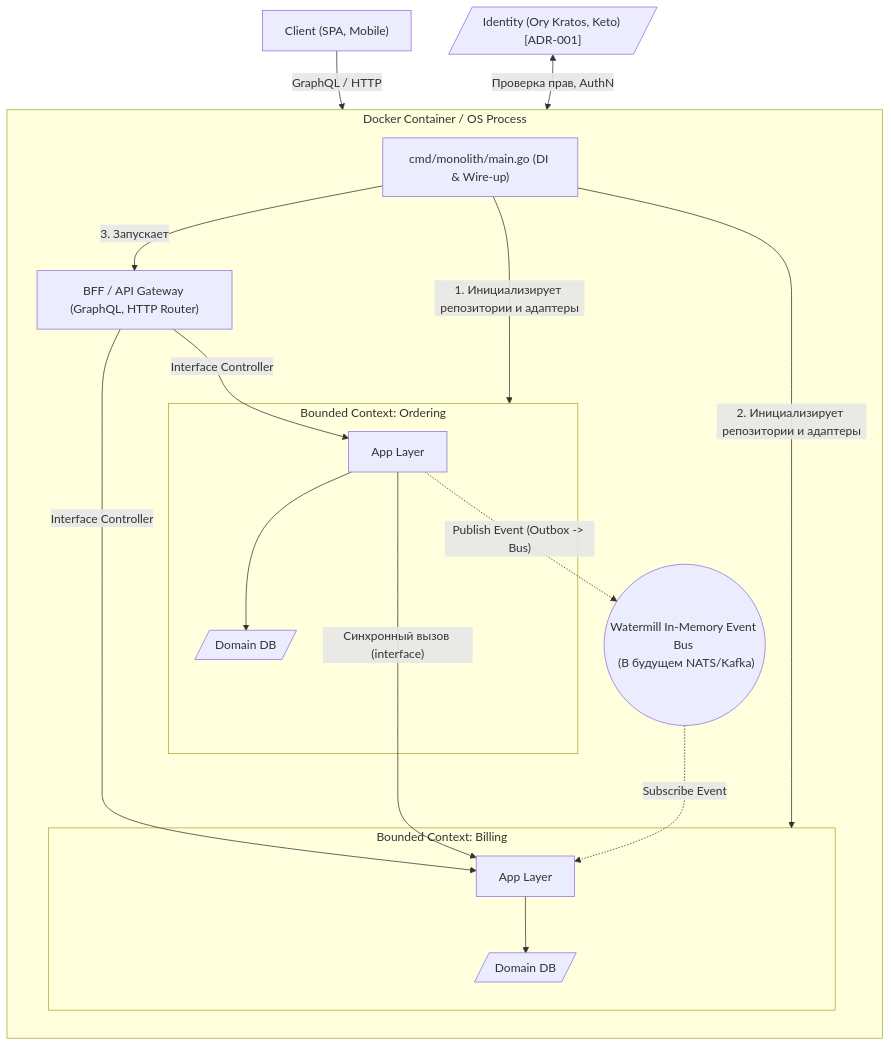
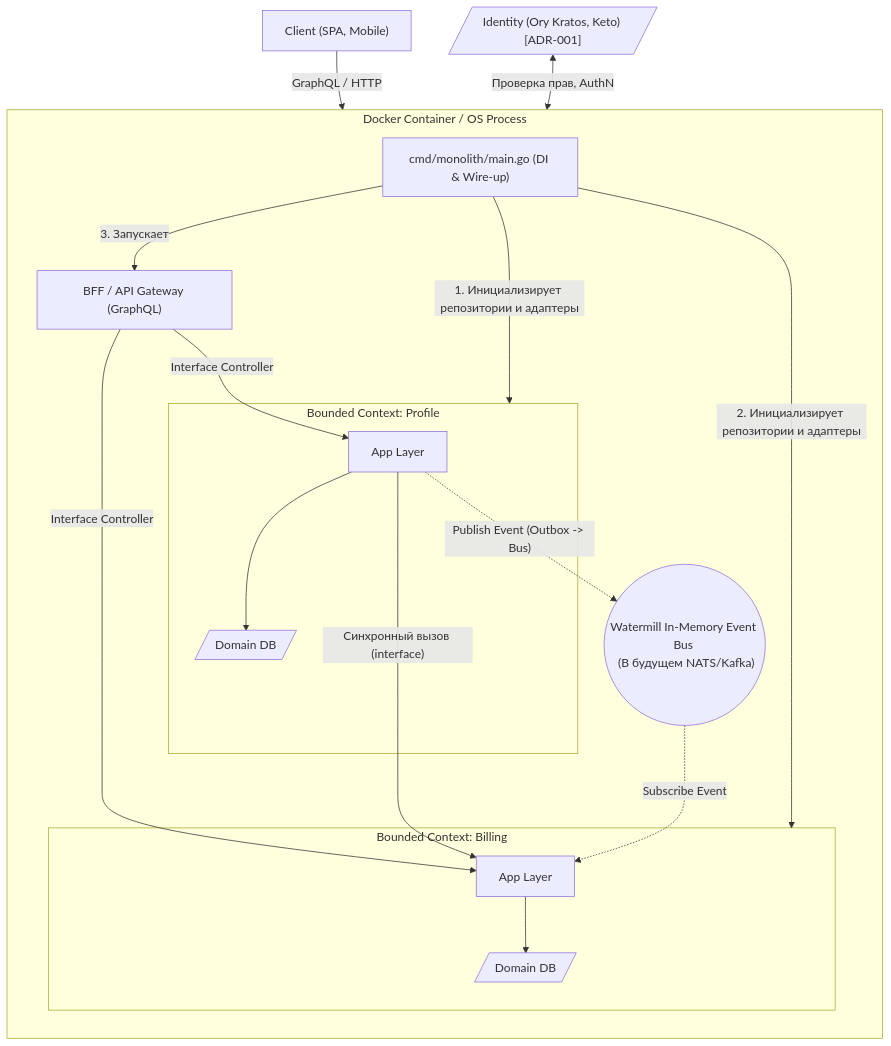
The diagram in docs/adr/ADR-006-deploy-strategy.md (kfreiman/engineer-challenge), drawn with Mermaid before and after one commit. The commit also changed other lines of this file and 51 other files, not shown here.

First line of the commit message:
feat(auth): implement minimal login and registration flow

````diff
--- a/docs/adr/ADR-006-deploy-strategy.md
+++ b/docs/adr/ADR-006-deploy-strategy.md
@@ -52,33 +52,33 @@
 ```mermaid
 graph TD
     subgraph "Docker Container / OS Process"
         direction TB
         Main["cmd/monolith/main.go (DI & Wire-up)"]
         
-        BFF["BFF / API Gateway (GraphQL, HTTP Router)"]
+        BFF["BFF / API Gateway (GraphQL)"]
         Bus(("Watermill In-Memory Event Bus <br/> (В будущем NATS/Kafka)"))
-        subgraph Context_Ordering ["Bounded Context: Ordering"]
+        subgraph Context_Profile ["Bounded Context: Profile"]
             AppOrd["App Layer"]
             RepoOrd[/"Domain DB"/]
             AppOrd --> RepoOrd
         end
         subgraph Context_Billing ["Bounded Context: Billing"]
             AppBill["App Layer"]
             RepoBill[/"Domain DB"/]
             AppBill --> RepoBill
         end
-        Main -->|1. Инициализирует репозитории и адаптеры| Context_Ordering
+        Main -->|1. Инициализирует репозитории и адаптеры| Context_Profile
         Main -->|2. Инициализирует репозитории и адаптеры| Context_Billing
         Main -->|3. Запускает| BFF
         
         BFF -->|"Interface Controller"| AppOrd
         BFF -->|"Interface Controller"| AppBill
         
         AppOrd -->|"Синхронный вызов (interface)"| AppBill
         AppOrd -.->|"Publish Event (Outbox -> Bus)"| Bus
         Bus -.->|"Subscribe Event"| AppBill
     end
     
     Client["Client (SPA, Mobile)"] -->|GraphQL / HTTP| BFF
     ExternalIAM[/"Identity (Ory Kratos, Keto) [ADR-001]"/] <-->|"Проверка прав, AuthN"| BFF
 ```
````
